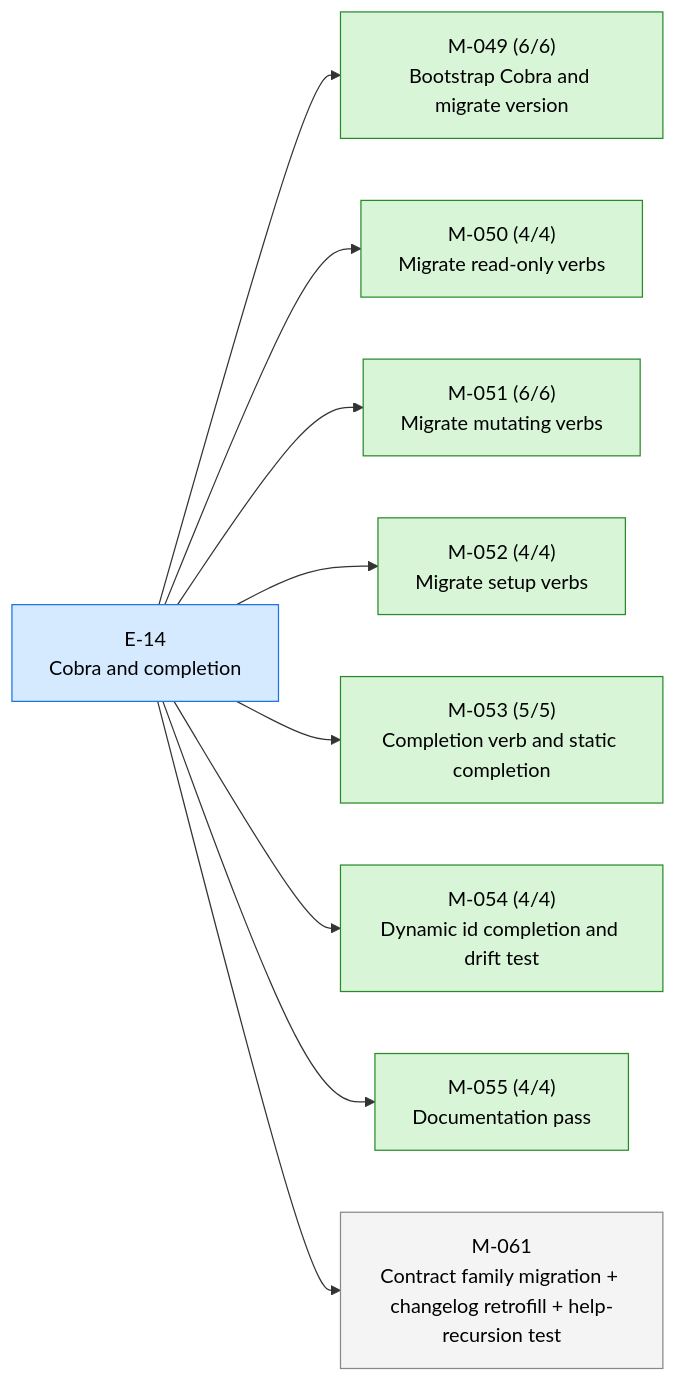
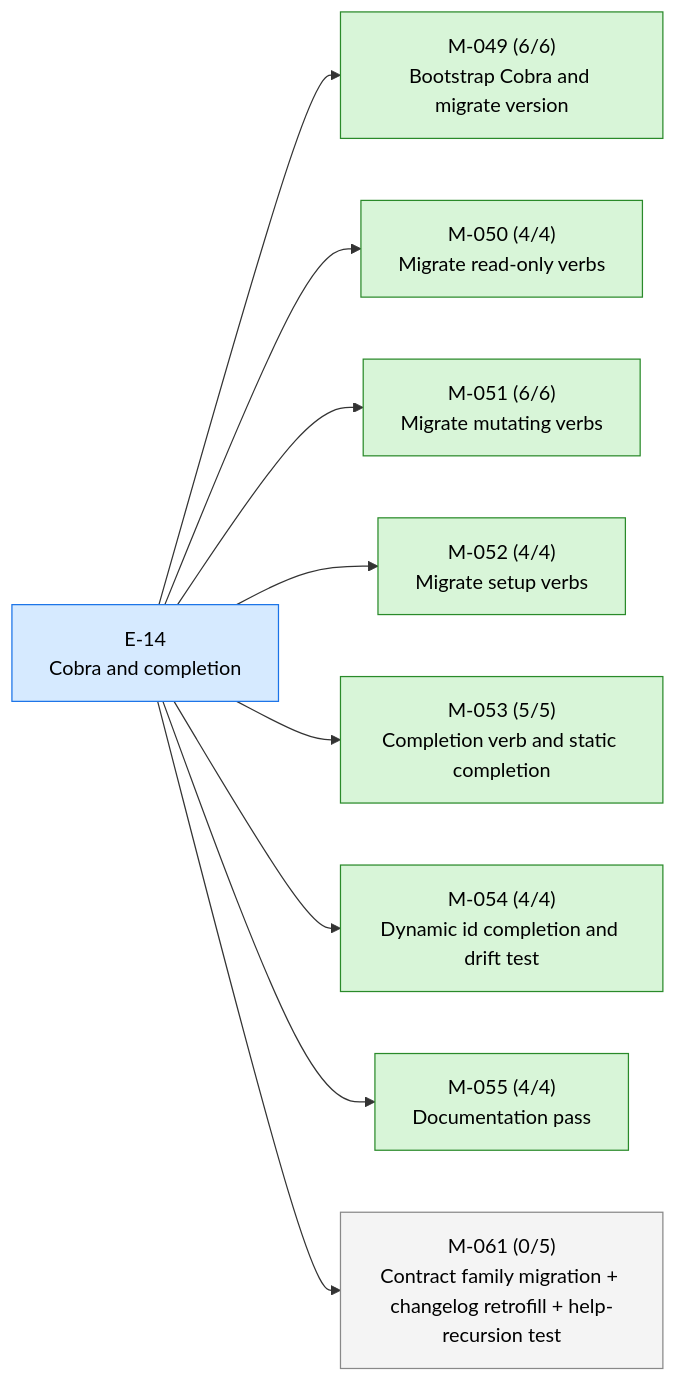
The first of 2 diagrams in STATUS.md (23min/aiwf), drawn with Mermaid before and after one commit. The commit also changed other lines of this file and 1 other file, not shown here.

````diff
--- a/STATUS.md
+++ b/STATUS.md
@@ -18,26 +18,26 @@
 ```mermaid
 flowchart LR
   E_14["E-14<br/>Cobra and completion"]:::epic_active
   M_049["M-049 (6/6)<br/>Bootstrap Cobra and migrate version"]:::ms_done
   E_14 --> M_049
   M_050["M-050 (4/4)<br/>Migrate read-only verbs"]:::ms_done
   E_14 --> M_050
   M_051["M-051 (6/6)<br/>Migrate mutating verbs"]:::ms_done
   E_14 --> M_051
   M_052["M-052 (4/4)<br/>Migrate setup verbs"]:::ms_done
   E_14 --> M_052
   M_053["M-053 (5/5)<br/>Completion verb and static completion"]:::ms_done
   E_14 --> M_053
   M_054["M-054 (4/4)<br/>Dynamic id completion and drift test"]:::ms_done
   E_14 --> M_054
   M_055["M-055 (4/4)<br/>Documentation pass"]:::ms_done
   E_14 --> M_055
-  M_061["M-061<br/>Contract family migration + changelog retrofill + help-recursion test"]:::ms_draft
+  M_061["M-061 (0/5)<br/>Contract family migration + changelog retrofill + help-recursion test"]:::ms_draft
   E_14 --> M_061
   classDef epic_active fill:#d6eaff,stroke:#1a73e8,color:#000
   classDef epic_proposed fill:#f4f4f4,stroke:#888,color:#000
   classDef ms_done fill:#d8f5d8,stroke:#2a8a2a,color:#000
   classDef ms_in_progress fill:#fff3c4,stroke:#caa400,color:#000
   classDef ms_draft fill:#f4f4f4,stroke:#888,color:#000
   classDef ms_cancelled fill:#fbeaea,stroke:#c33,color:#000
 ```
````
